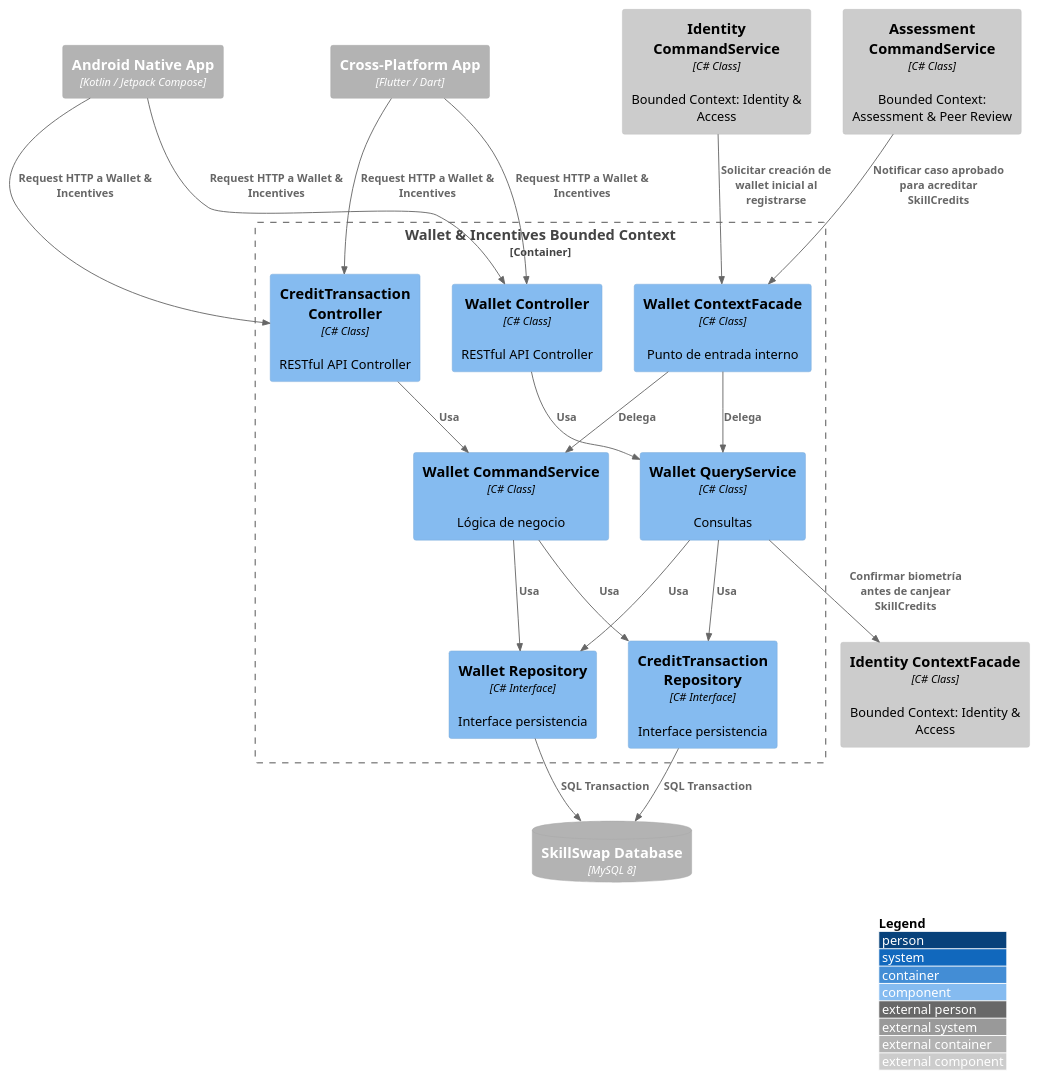
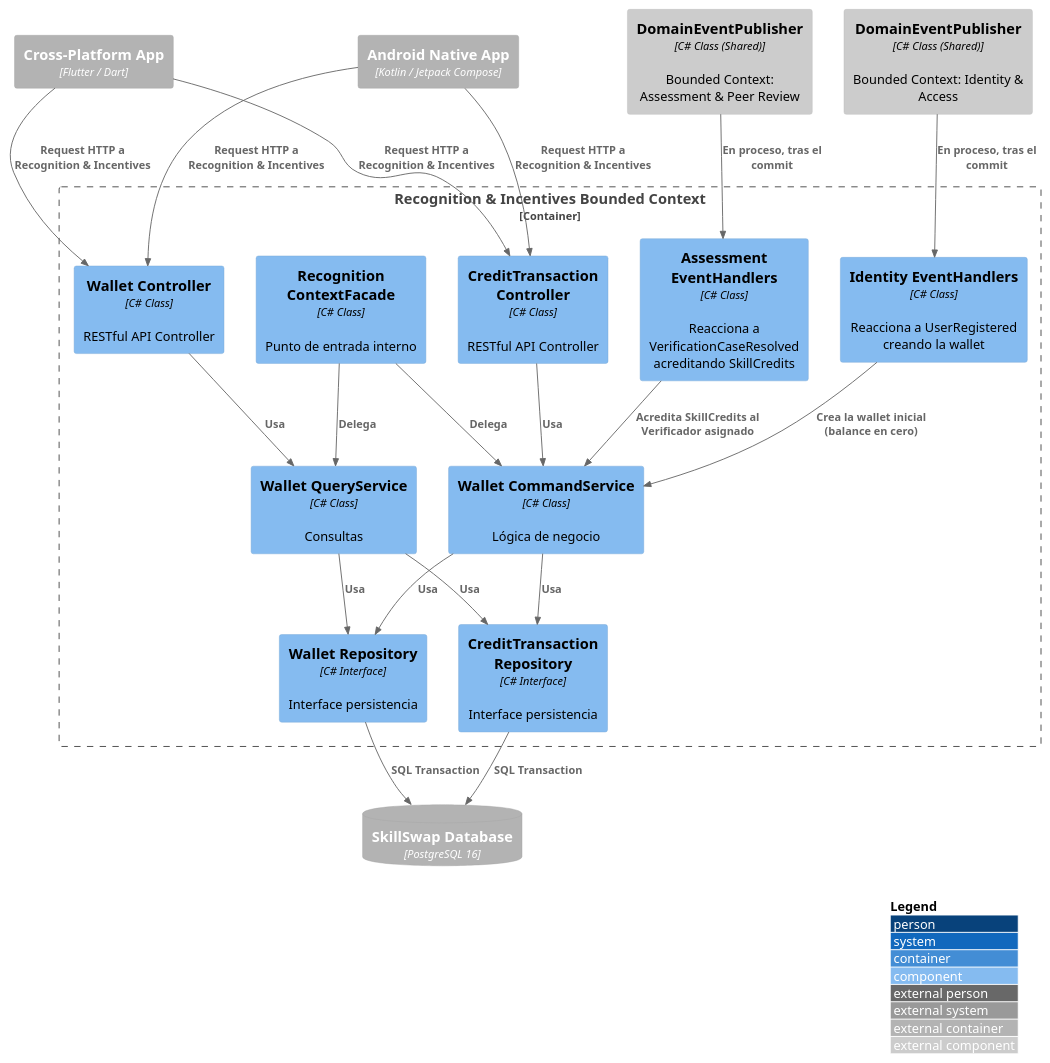
Before and after one commit to Aplicaciones-Dispositivos-Moviles/SkillSwap-ProjectReport: the diagram in DB&C4/Component Diagram — Payments & Wallet.puml, drawn with PlantUML. The commit also changed 17 other files, not shown here.

```diff
--- a/DB&C4/Component Diagram — Payments & Wallet.puml
+++ b/DB&C4/Component Diagram — Payments & Wallet.puml
@@ -1,47 +1,49 @@
-@startuml WalletIncentivesComponent
+@startuml RecognitionIncentivesComponent
 !include https://raw.githubusercontent.com/plantuml-stdlib/C4-PlantUML/master/C4_Component.puml
 
 LAYOUT_WITH_LEGEND()
 
 Container_Ext(androidApp, "Android Native App", "Kotlin / Jetpack Compose")
 Container_Ext(flutterApp, "Cross-Platform App", "Flutter / Dart")
-ContainerDb_Ext(mainDB, "SkillSwap Database", "MySQL 8")
+ContainerDb_Ext(mainDB, "SkillSwap Database", "PostgreSQL 16")
 
-Container_Boundary(walletBC, "Wallet & Incentives Bounded Context") {
+Container_Boundary(recognitionBC, "Recognition & Incentives Bounded Context") {
     Component(walletController, "Wallet Controller", "C# Class", "RESTful API Controller")
     Component(creditTransactionController, "CreditTransaction Controller", "C# Class", "RESTful API Controller")
     Component(walletCommandService, "Wallet CommandService", "C# Class", "Lógica de negocio")
     Component(walletQueryService, "Wallet QueryService", "C# Class", "Consultas")
+    Component(identityEventHandlers, "Identity EventHandlers", "C# Class", "Reacciona a UserRegistered creando la wallet")
+    Component(assessmentEventHandlers, "Assessment EventHandlers", "C# Class", "Reacciona a VerificationCaseResolved acreditando SkillCredits")
     Component(walletRepository, "Wallet Repository", "C# Interface", "Interface persistencia")
     Component(creditTransactionRepository, "CreditTransaction Repository", "C# Interface", "Interface persistencia")
-    Component(walletContextFacade, "Wallet ContextFacade", "C# Class", "Punto de entrada interno")
+    Component(recognitionContextFacade, "Recognition ContextFacade", "C# Class", "Punto de entrada interno")
 }
 
-Component_Ext(identityCommandService, "Identity CommandService", "C# Class", "Bounded Context: Identity & Access")
-Component_Ext(identityContextFacade, "Identity ContextFacade", "C# Class", "Bounded Context: Identity & Access")
-Component_Ext(assessmentCommandService, "Assessment CommandService", "C# Class", "Bounded Context: Assessment & Peer Review")
+Component_Ext(identityDomainEventPublisher, "DomainEventPublisher", "C# Class (Shared)", "Bounded Context: Identity & Access")
+Component_Ext(assessmentDomainEventPublisher, "DomainEventPublisher", "C# Class (Shared)", "Bounded Context: Assessment & Peer Review")
 
-Rel(androidApp, walletController, "Request HTTP a Wallet & Incentives")
-Rel(flutterApp, walletController, "Request HTTP a Wallet & Incentives")
-Rel(androidApp, creditTransactionController, "Request HTTP a Wallet & Incentives")
-Rel(flutterApp, creditTransactionController, "Request HTTP a Wallet & Incentives")
+Rel(androidApp, walletController, "Request HTTP a Recognition & Incentives")
+Rel(flutterApp, walletController, "Request HTTP a Recognition & Incentives")
+Rel(androidApp, creditTransactionController, "Request HTTP a Recognition & Incentives")
+Rel(flutterApp, creditTransactionController, "Request HTTP a Recognition & Incentives")
 
 Rel(walletController, walletQueryService, "Usa")
 Rel(creditTransactionController, walletCommandService, "Usa")
 
 Rel(walletCommandService, walletRepository, "Usa")
 Rel(walletCommandService, creditTransactionRepository, "Usa")
 Rel(walletQueryService, walletRepository, "Usa")
 Rel(walletQueryService, creditTransactionRepository, "Usa")
 Rel(walletRepository, mainDB, "SQL Transaction")
 Rel(creditTransactionRepository, mainDB, "SQL Transaction")
 
-Rel(walletQueryService, identityContextFacade, "Confirmar biometría antes de canjear SkillCredits")
+Rel(identityDomainEventPublisher, identityEventHandlers, "En proceso, tras el commit")
+Rel(identityEventHandlers, walletCommandService, "Crea la wallet inicial (balance en cero)")
 
-Rel(walletContextFacade, walletCommandService, "Delega")
-Rel(walletContextFacade, walletQueryService, "Delega")
+Rel(assessmentDomainEventPublisher, assessmentEventHandlers, "En proceso, tras el commit")
+Rel(assessmentEventHandlers, walletCommandService, "Acredita SkillCredits al Verificador asignado")
 
-Rel(identityCommandService, walletContextFacade, "Solicitar creación de wallet inicial al registrarse")
-Rel(assessmentCommandService, walletContextFacade, "Notificar caso aprobado para acreditar SkillCredits")
+Rel(recognitionContextFacade, walletCommandService, "Delega")
+Rel(recognitionContextFacade, walletQueryService, "Delega")
 
 @enduml
```
